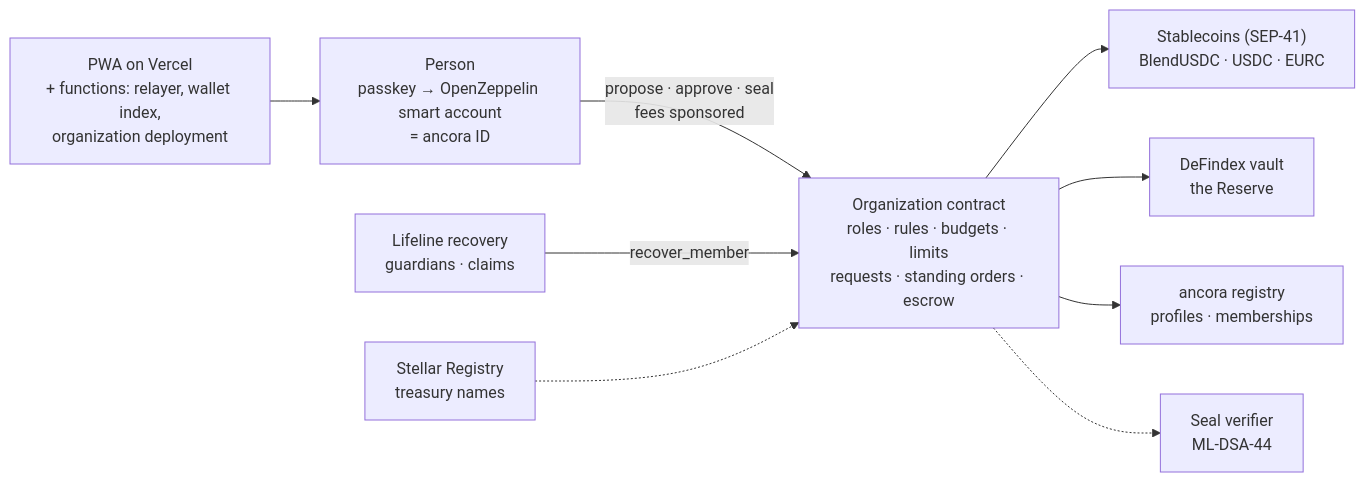
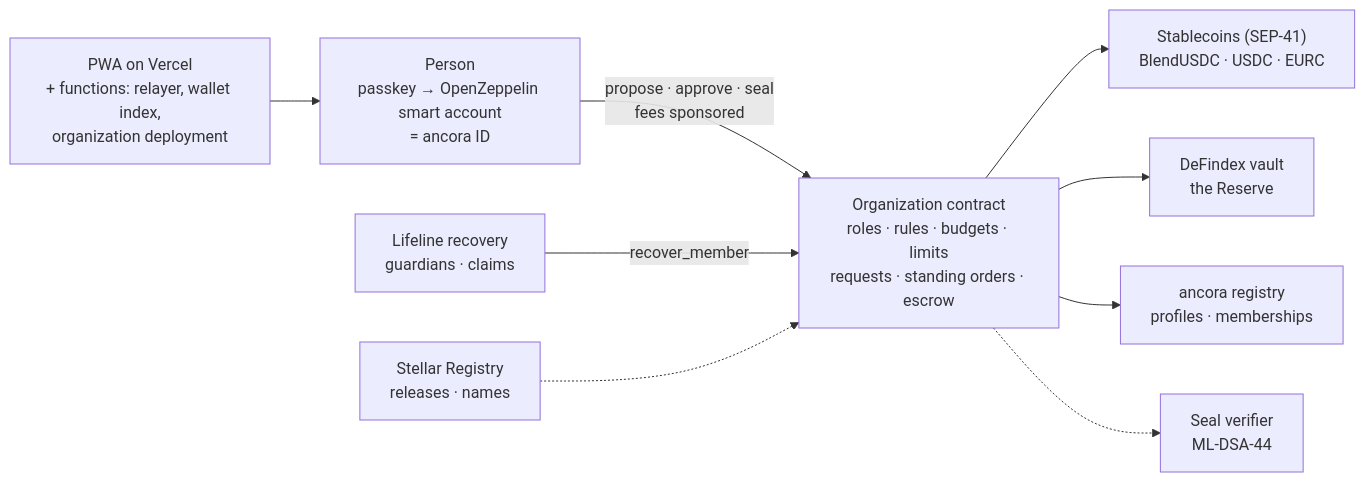
One commit to raglibol-re/ancora changed the diagram in README.md. Above: the diagram before and after it, drawn with Mermaid. The commit also changed other lines of this file and 4 other files, not shown here.

Commit message:
docs: rewrite README, roadmap, changelog, decision log and architecture for clarity

````diff
--- a/README.md
+++ b/README.md
@@ -145,11 +144,11 @@
 ```mermaid
 flowchart LR
   App["PWA on Vercel<br/>+ functions: relayer, wallet index,<br/>organization deployment"] --> Person
   Person["Person<br/>passkey → OpenZeppelin smart account<br/>= ancora ID"] -->|"propose · approve · seal<br/>fees sponsored"| Org
   Org["Organization contract<br/>roles · rules · budgets · limits<br/>requests · standing orders · escrow"] --> Tokens["Stablecoins (SEP-41)<br/>BlendUSDC · USDC · EURC"]
   Org --> Vault["DeFindex vault<br/>the Reserve"]
   Org --> Registry["ancora registry<br/>profiles · memberships"]
   Org -.-> Seal["Seal verifier<br/>ML-DSA-44"]
   Lifeline["Lifeline recovery<br/>guardians · claims"] -->|"recover_member"| Org
-  Names["Stellar Registry<br/>treasury names"] -.-> Org
+  Names["Stellar Registry<br/>releases · names"] -.-> Org
 ```
````
